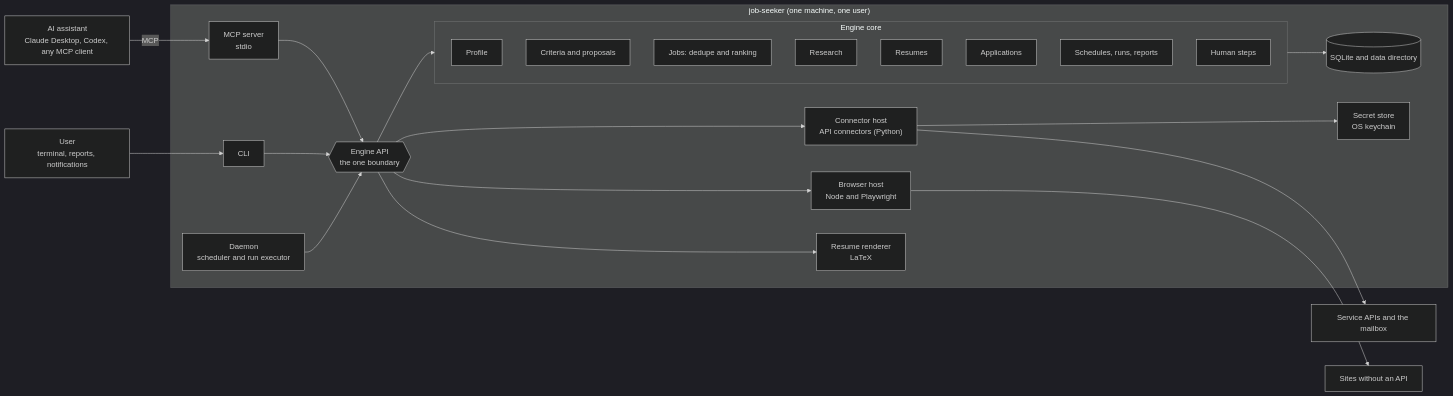
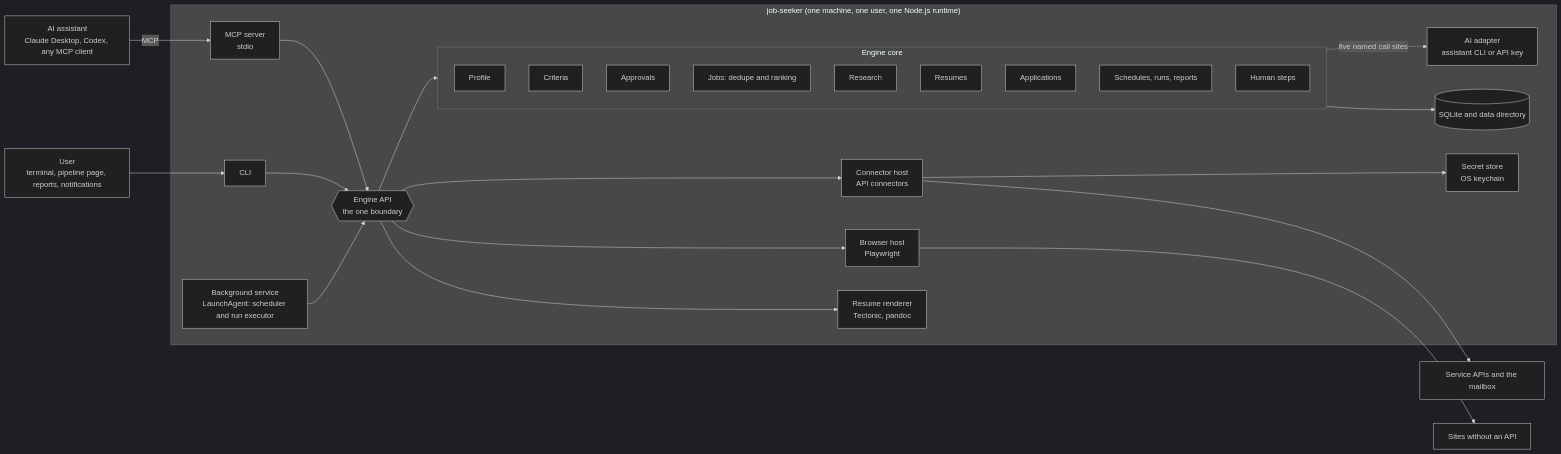
One commit to VasanthAmana/job-seeker changed the first of 2 diagrams in docs/design.md. Above: the diagram before and after it, drawn with Mermaid (dark theme). The commit also changed other lines of this file and 3 other files, not shown here.

````diff
--- a/docs/design.md
+++ b/docs/design.md
@@ -39,36 +42,39 @@
 ```mermaid
 flowchart LR
   AS["AI assistant<br/>Claude Desktop, Codex, any MCP client"]
-  US["User<br/>terminal, reports, notifications"]
-  subgraph JS["job-seeker (one machine, one user)"]
+  US["User<br/>terminal, pipeline page, reports, notifications"]
+  subgraph JS["job-seeker (one machine, one user, one Node.js runtime)"]
     MCP["MCP server<br/>stdio"]
     CLI["CLI"]
-    DMN["Daemon<br/>scheduler and run executor"]
+    SVC["Background service<br/>LaunchAgent: scheduler and run executor"]
     API{{"Engine API<br/>the one boundary"}}
     subgraph CORE["Engine core"]
       PRO["Profile"]
-      CRI["Criteria and proposals"]
+      CRI["Criteria"]
+      APR["Approvals"]
       JOB["Jobs: dedupe and ranking"]
       RES["Research"]
       RSM["Resumes"]
       APP["Applications"]
       RUN["Schedules, runs, reports"]
       HUM["Human steps"]
     end
+    AI["AI adapter<br/>assistant CLI or API key"]
     DB[("SQLite and data directory")]
-    CH["Connector host<br/>API connectors (Python)"]
-    BH["Browser host<br/>Node and Playwright"]
-    TEX["Resume renderer<br/>LaTeX"]
+    CH["Connector host<br/>API connectors"]
+    BH["Browser host<br/>Playwright"]
+    TEX["Resume renderer<br/>Tectonic, pandoc"]
     SEC["Secret store<br/>OS keychain"]
   end
-  SVC["Service APIs and the mailbox"]
+  SVCS["Service APIs and the mailbox"]
   WEB["Sites without an API"]
   AS -- "MCP" --> MCP --> API
   US --> CLI --> API
-  DMN --> API
+  SVC --> API
   API --> CORE --> DB
-  API --> CH --> SVC
+  CORE -. "five named call sites" .-> AI
+  API --> CH --> SVCS
   CH --> SEC
   API --> BH --> WEB
   API --> TEX
 ```
````
